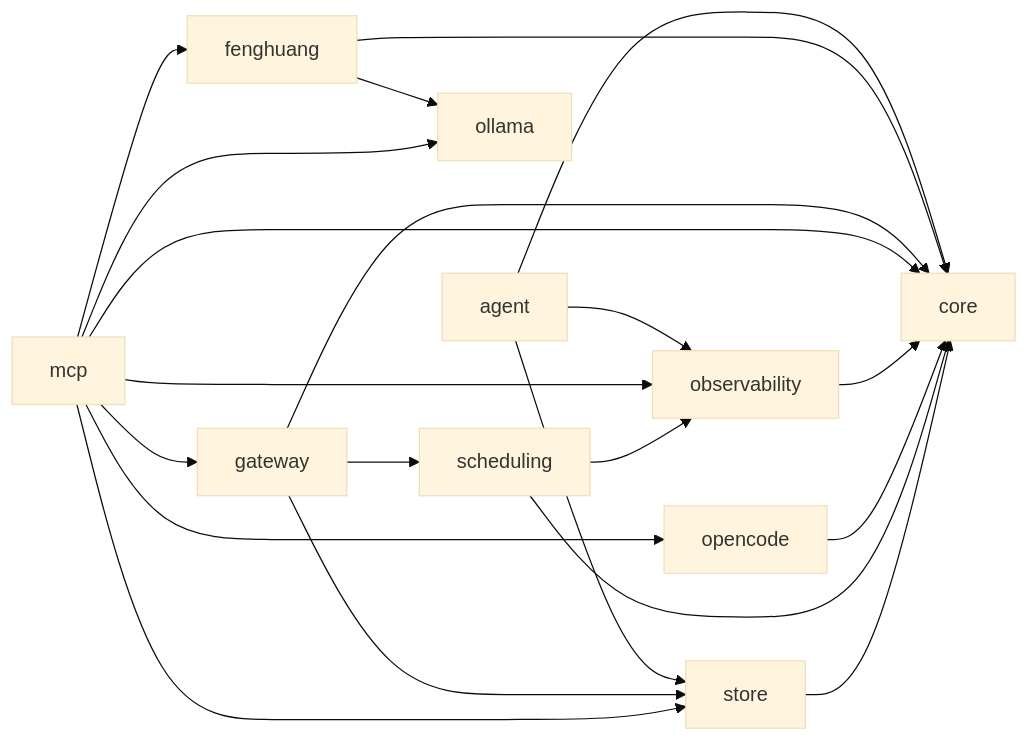
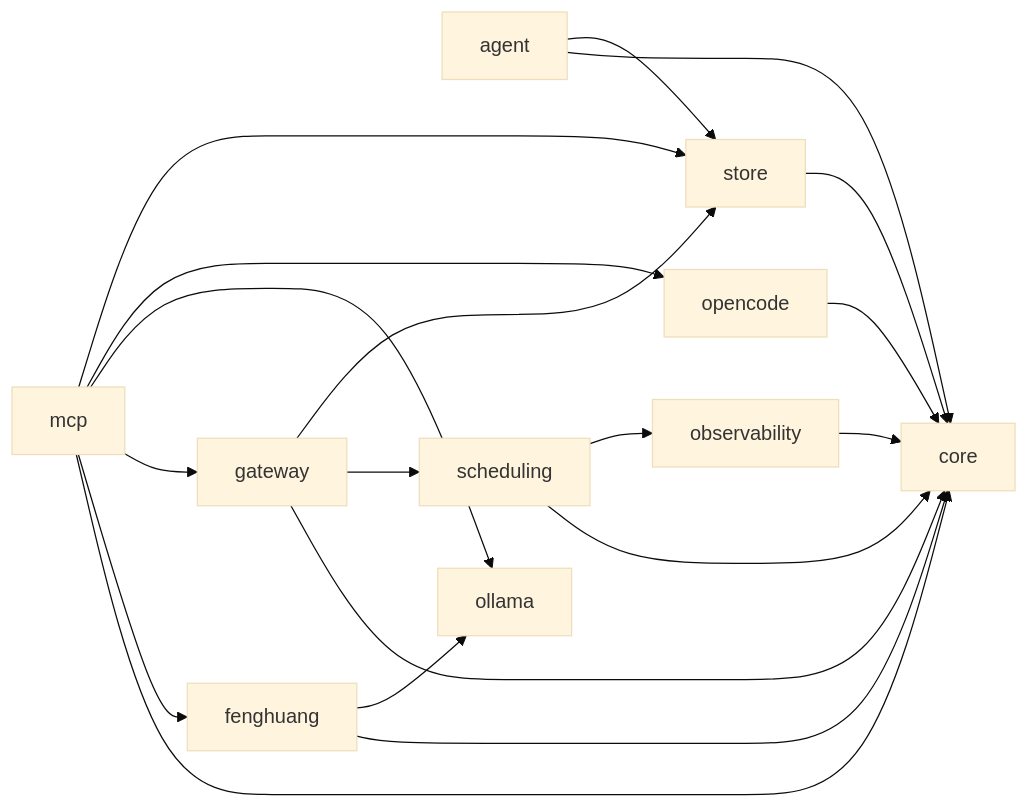
One commit to OJII3/vicissitude changed the diagram in docs/DEPS.md. Above: the diagram before and after it, drawn with Mermaid (base theme). The commit also changed other lines of this file and 18 other files, not shown here.

````diff
--- a/docs/DEPS.md
+++ b/docs/DEPS.md
@@ -7,25 +7,23 @@
 ```mermaid
 graph LR
   agent --> core
-  agent --> observability
   agent --> store
   core
   fenghuang --> core
   fenghuang --> ollama
   gateway --> core
   gateway --> scheduling
   gateway --> store
   mcp --> core
   mcp --> fenghuang
   mcp --> gateway
-  mcp --> observability
   mcp --> ollama
   mcp --> opencode
   mcp --> store
   observability --> core
   ollama
   opencode --> core
   scheduling --> core
   scheduling --> observability
   store --> core
 ```
````
